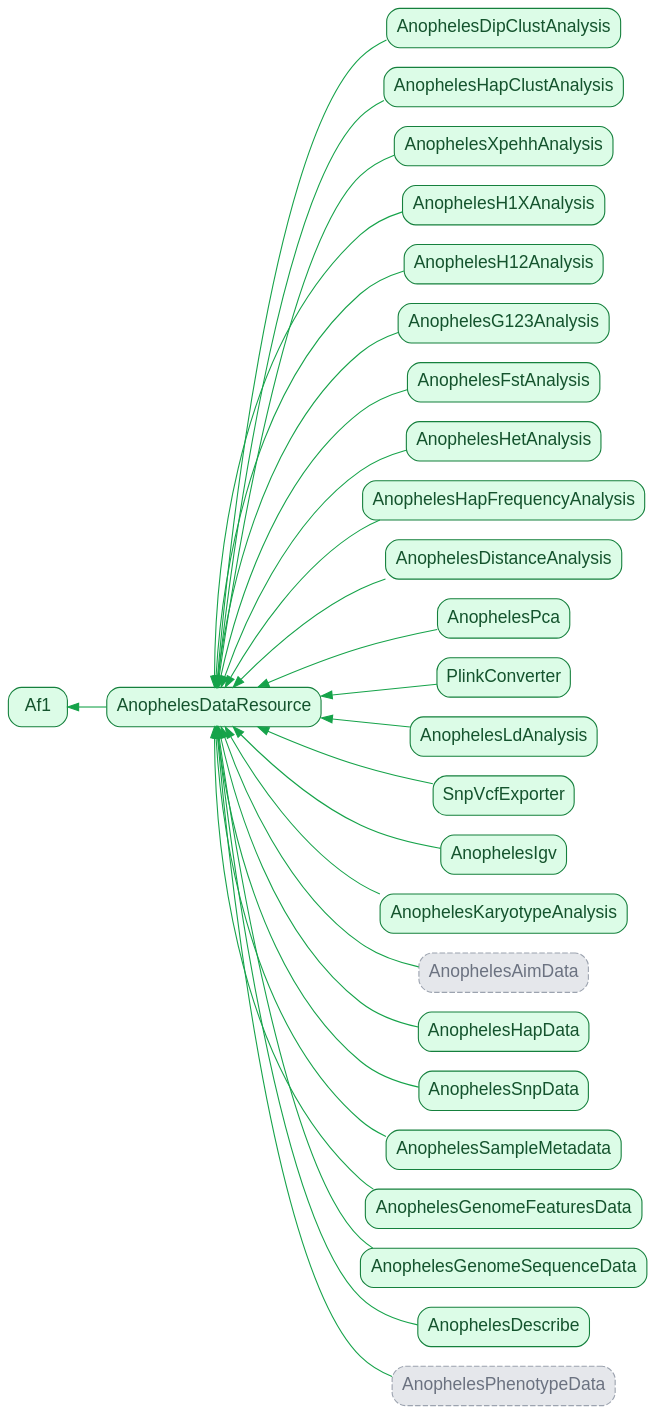
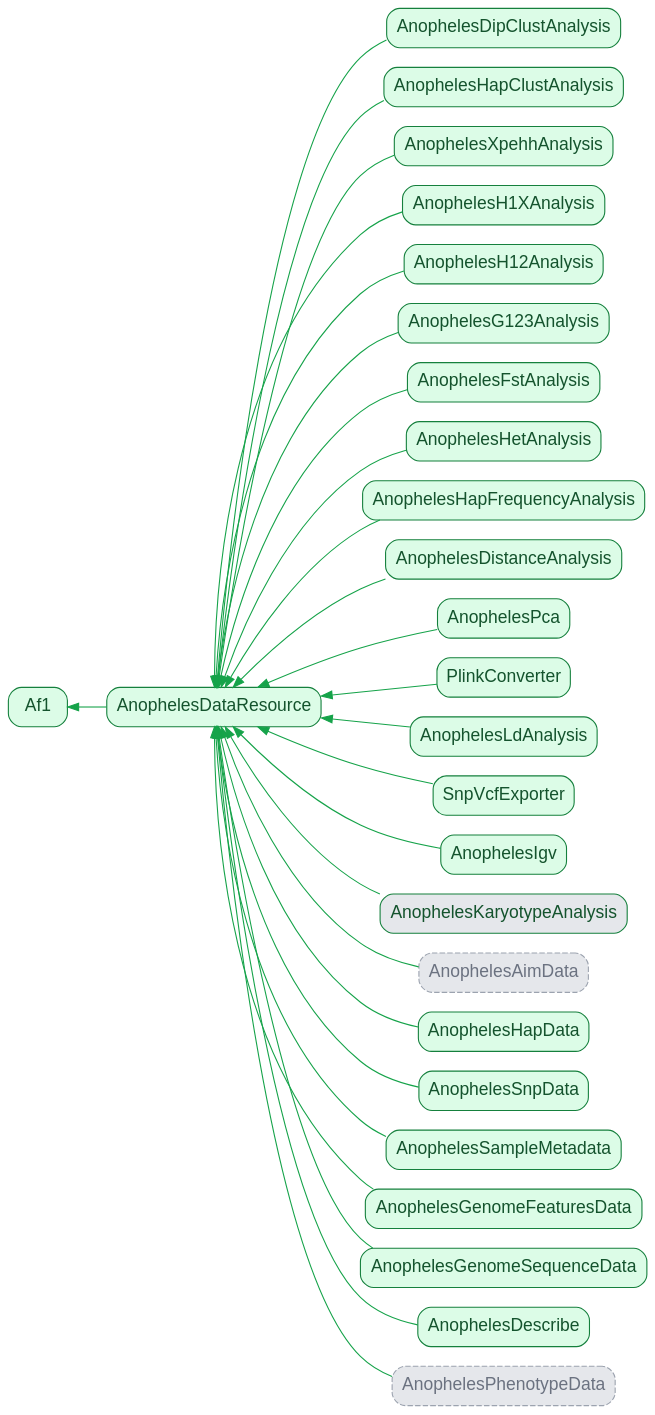
One commit to malariagen/malariagen-data-python changed the diagram in docs/source/_static/diagrams/af1_composition.dot. Above: the diagram before and after it, drawn with Graphviz. The commit also changed 7 other files, not shown here.

Commit message:
corrected diagrams re karyotype analysis based on lack of inversion tags

```diff
--- a/docs/source/_static/diagrams/af1_composition.dot
+++ b/docs/source/_static/diagrams/af1_composition.dot
@@ -1,61 +1,61 @@
 digraph inheritance {
     bgcolor="transparent";
     rankdir=RL;
     fontsize=16;
     node [fontsize=16, shape=box, fontname="Helvetica,Arial,sans-serif"];
     edge [color="#16a34a"];
 
     "Af1" [style="filled,rounded", fillcolor="#dcfce7", color="#15803d", fontcolor="#14532d", tooltip="Anopheles funestus subgroup."];
     "AnophelesDataResource" -> "Af1";
 
     "AnophelesDataResource" [style="filled,rounded", fillcolor="#dcfce7", color="#15803d", fontcolor="#14532d", URL="generated/malariagen_data.anopheles.AnophelesDataResource.html#malariagen_data.anopheles.AnophelesDataResource", tooltip="Composes every analysis mixin into one API."];
 
     "AnophelesDipClustAnalysis" [style="filled,rounded", fillcolor="#dcfce7", color="#15803d", fontcolor="#14532d", URL="generated/malariagen_data.anoph.dipclust.AnophelesDipClustAnalysis.html#malariagen_data.anoph.dipclust.AnophelesDipClustAnalysis", tooltip="Hierarchical clustering of diplotypes (combines CNV + SNP frequency data)."];
     "AnophelesDipClustAnalysis" -> "AnophelesDataResource";
     "AnophelesHapClustAnalysis" [style="filled,rounded", fillcolor="#dcfce7", color="#15803d", fontcolor="#14532d", URL="generated/malariagen_data.anoph.hapclust.AnophelesHapClustAnalysis.html#malariagen_data.anoph.hapclust.AnophelesHapClustAnalysis", tooltip="Hierarchical clustering and sharing analysis of phased haplotypes."];
     "AnophelesHapClustAnalysis" -> "AnophelesDataResource";
     "AnophelesXpehhAnalysis" [style="filled,rounded", fillcolor="#dcfce7", color="#15803d", fontcolor="#14532d", URL="generated/malariagen_data.anoph.xpehh.AnophelesXpehhAnalysis.html#malariagen_data.anoph.xpehh.AnophelesXpehhAnalysis", tooltip="Cross-population extended haplotype homozygosity (XP-EHH) selection scans."];
     "AnophelesXpehhAnalysis" -> "AnophelesDataResource";
     "AnophelesH1XAnalysis" [style="filled,rounded", fillcolor="#dcfce7", color="#15803d", fontcolor="#14532d", URL="generated/malariagen_data.anoph.h1x.AnophelesH1XAnalysis.html#malariagen_data.anoph.h1x.AnophelesH1XAnalysis", tooltip="H1X genome-wide scans for differentiation between two cohorts."];
     "AnophelesH1XAnalysis" -> "AnophelesDataResource";
     "AnophelesH12Analysis" [style="filled,rounded", fillcolor="#dcfce7", color="#15803d", fontcolor="#14532d", URL="generated/malariagen_data.anoph.h12.AnophelesH12Analysis.html#malariagen_data.anoph.h12.AnophelesH12Analysis", tooltip="H12 genome-wide selection scans and calibration."];
     "AnophelesH12Analysis" -> "AnophelesDataResource";
     "AnophelesG123Analysis" [style="filled,rounded", fillcolor="#dcfce7", color="#15803d", fontcolor="#14532d", URL="generated/malariagen_data.anoph.g123.AnophelesG123Analysis.html#malariagen_data.anoph.g123.AnophelesG123Analysis", tooltip="G123 genome-wide selection scans and calibration (unphased genotypes)."];
     "AnophelesG123Analysis" -> "AnophelesDataResource";
     "AnophelesFstAnalysis" [style="filled,rounded", fillcolor="#dcfce7", color="#15803d", fontcolor="#14532d", URL="generated/malariagen_data.anoph.fst.AnophelesFstAnalysis.html#malariagen_data.anoph.fst.AnophelesFstAnalysis", tooltip="Fst (genetic differentiation) statistics, gwss and pairwise cohort comparisons."];
     "AnophelesFstAnalysis" -> "AnophelesDataResource";
     "AnophelesHetAnalysis" [style="filled,rounded", fillcolor="#dcfce7", color="#15803d", fontcolor="#14532d", URL="generated/malariagen_data.anoph.heterozygosity.AnophelesHetAnalysis.html#malariagen_data.anoph.heterozygosity.AnophelesHetAnalysis", tooltip="Per-sample and per-cohort heterozygosity, and runs-of-homozygosity (ROH)."];
     "AnophelesHetAnalysis" -> "AnophelesDataResource";
     "AnophelesHapFrequencyAnalysis" [style="filled,rounded", fillcolor="#dcfce7", color="#15803d", fontcolor="#14532d", URL="generated/malariagen_data.anoph.hap_frq.AnophelesHapFrequencyAnalysis.html#malariagen_data.anoph.hap_frq.AnophelesHapFrequencyAnalysis", tooltip="Haplotype frequency calculations, by cohort."];
     "AnophelesHapFrequencyAnalysis" -> "AnophelesDataResource";
     "AnophelesDistanceAnalysis" [style="filled,rounded", fillcolor="#dcfce7", color="#15803d", fontcolor="#14532d", URL="generated/malariagen_data.anoph.distance.AnophelesDistanceAnalysis.html#malariagen_data.anoph.distance.AnophelesDistanceAnalysis", tooltip="Pairwise genetic distance matrices and neighbour-joining trees."];
     "AnophelesDistanceAnalysis" -> "AnophelesDataResource";
     "AnophelesPca" [style="filled,rounded", fillcolor="#dcfce7", color="#15803d", fontcolor="#14532d", URL="generated/malariagen_data.anoph.pca.AnophelesPca.html#malariagen_data.anoph.pca.AnophelesPca", tooltip="Principal components analysis of biallelic SNPs."];
     "AnophelesPca" -> "AnophelesDataResource";
     "PlinkConverter" [style="filled,rounded", fillcolor="#dcfce7", color="#15803d", fontcolor="#14532d", URL="generated/malariagen_data.anoph.to_plink.PlinkConverter.html#malariagen_data.anoph.to_plink.PlinkConverter", tooltip="Export biallelic SNP calls to PLINK format."];
     "PlinkConverter" -> "AnophelesDataResource";
     "AnophelesLdAnalysis" [style="filled,rounded", fillcolor="#dcfce7", color="#15803d", fontcolor="#14532d", URL="generated/malariagen_data.anoph.ld.AnophelesLdAnalysis.html#malariagen_data.anoph.ld.AnophelesLdAnalysis", tooltip="Linkage-disequilibrium pruning of biallelic SNP calls."];
     "AnophelesLdAnalysis" -> "AnophelesDataResource";
     "SnpVcfExporter" [style="filled,rounded", fillcolor="#dcfce7", color="#15803d", fontcolor="#14532d", URL="generated/malariagen_data.anoph.to_vcf.SnpVcfExporter.html#malariagen_data.anoph.to_vcf.SnpVcfExporter", tooltip="Export SNP calls to VCF format."];
     "SnpVcfExporter" -> "AnophelesDataResource";
     "AnophelesIgv" [style="filled,rounded", fillcolor="#dcfce7", color="#15803d", fontcolor="#14532d", URL="generated/malariagen_data.anoph.igv.AnophelesIgv.html#malariagen_data.anoph.igv.AnophelesIgv", tooltip="Embed an IGV.js genome browser / view read alignments."];
     "AnophelesIgv" -> "AnophelesDataResource";
-    "AnophelesKaryotypeAnalysis" [style="filled,rounded", fillcolor="#dcfce7", color="#15803d", fontcolor="#14532d", URL="generated/malariagen_data.anoph.karyotype.AnophelesKaryotypeAnalysis.html#malariagen_data.anoph.karyotype.AnophelesKaryotypeAnalysis", tooltip="Chromosomal inversion karyotyping from tag SNPs."];
+    "AnophelesKaryotypeAnalysis" [style="filled,rounded", fillcolor="#e5e7eb", color="#15803d", fontcolor="#14532d", URL="generated/malariagen_data.anoph.karyotype.AnophelesKaryotypeAnalysis.html#malariagen_data.anoph.karyotype.AnophelesKaryotypeAnalysis", tooltip="Chromosomal inversion karyotyping from tag SNPs."];
     "AnophelesKaryotypeAnalysis" -> "AnophelesDataResource";
     "AnophelesAimData" [style="filled,rounded,dashed", fillcolor="#e5e7eb", color="#9ca3af", fontcolor="#6b7280", URL="generated/malariagen_data.anoph.aim_data.AnophelesAimData.html#malariagen_data.anoph.aim_data.AnophelesAimData", tooltip="Inherited, but not backed by real data for Af1 - Ancestry-informative marker (AIM) variant and species-call access."];
     "AnophelesAimData" -> "AnophelesDataResource";
     "AnophelesHapData" [style="filled,rounded", fillcolor="#dcfce7", color="#15803d", fontcolor="#14532d", URL="generated/malariagen_data.anoph.hap_data.AnophelesHapData.html#malariagen_data.anoph.hap_data.AnophelesHapData", tooltip="Access to phased haplotype reference panel data."];
     "AnophelesHapData" -> "AnophelesDataResource";
     "AnophelesSnpData" [style="filled,rounded", fillcolor="#dcfce7", color="#15803d", fontcolor="#14532d", URL="generated/malariagen_data.anoph.snp_data.AnophelesSnpData.html#malariagen_data.anoph.snp_data.AnophelesSnpData", tooltip="Core SNP genotype, site filter and site annotation data access."];
     "AnophelesSnpData" -> "AnophelesDataResource";
     "AnophelesSampleMetadata" [style="filled,rounded", fillcolor="#dcfce7", color="#15803d", fontcolor="#14532d", URL="generated/malariagen_data.anoph.sample_metadata.AnophelesSampleMetadata.html#malariagen_data.anoph.sample_metadata.AnophelesSampleMetadata", tooltip="Sample and cohort metadata access."];
     "AnophelesSampleMetadata" -> "AnophelesDataResource";
     "AnophelesGenomeFeaturesData" [style="filled,rounded", fillcolor="#dcfce7", color="#15803d", fontcolor="#14532d", URL="generated/malariagen_data.anoph.genome_features.AnophelesGenomeFeaturesData.html#malariagen_data.anoph.genome_features.AnophelesGenomeFeaturesData", tooltip="GFF3 genome feature annotation access (genes, transcripts, exons)."];
     "AnophelesGenomeFeaturesData" -> "AnophelesDataResource";
     "AnophelesGenomeSequenceData" [style="filled,rounded", fillcolor="#dcfce7", color="#15803d", fontcolor="#14532d", URL="generated/malariagen_data.anoph.genome_sequence.AnophelesGenomeSequenceData.html#malariagen_data.anoph.genome_sequence.AnophelesGenomeSequenceData", tooltip="Reference genome sequence access."];
     "AnophelesGenomeSequenceData" -> "AnophelesDataResource";
     "AnophelesDescribe" [style="filled,rounded", fillcolor="#dcfce7", color="#15803d", fontcolor="#14532d", URL="generated/malariagen_data.anoph.describe.AnophelesDescribe.html#malariagen_data.anoph.describe.AnophelesDescribe", tooltip="API introspection and discovery (describe_api)."];
     "AnophelesDescribe" -> "AnophelesDataResource";
     "AnophelesPhenotypeData" [style="filled,rounded,dashed", fillcolor="#e5e7eb", color="#9ca3af", fontcolor="#6b7280", URL="generated/malariagen_data.anoph.phenotypes.AnophelesPhenotypeData.html#malariagen_data.anoph.phenotypes.AnophelesPhenotypeData", tooltip="Inherited, but not backed by real data for Af1 - Insecticide resistance phenotype data access."];
     "AnophelesPhenotypeData" -> "AnophelesDataResource";
 }
```
